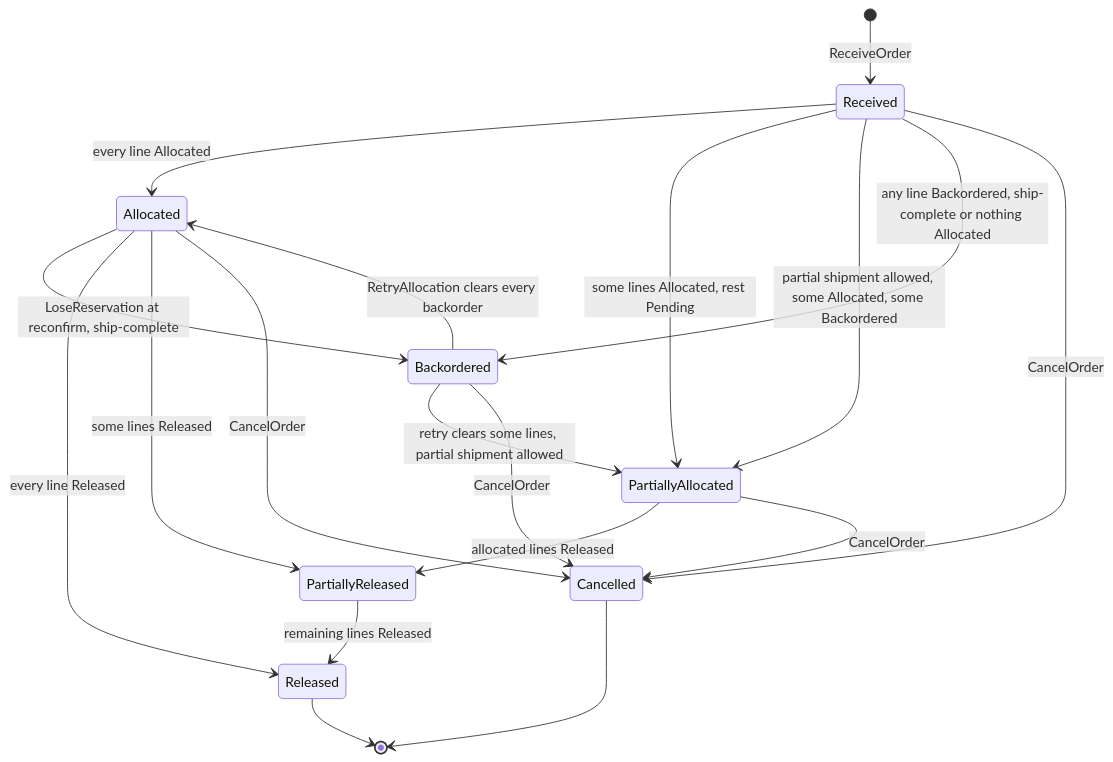
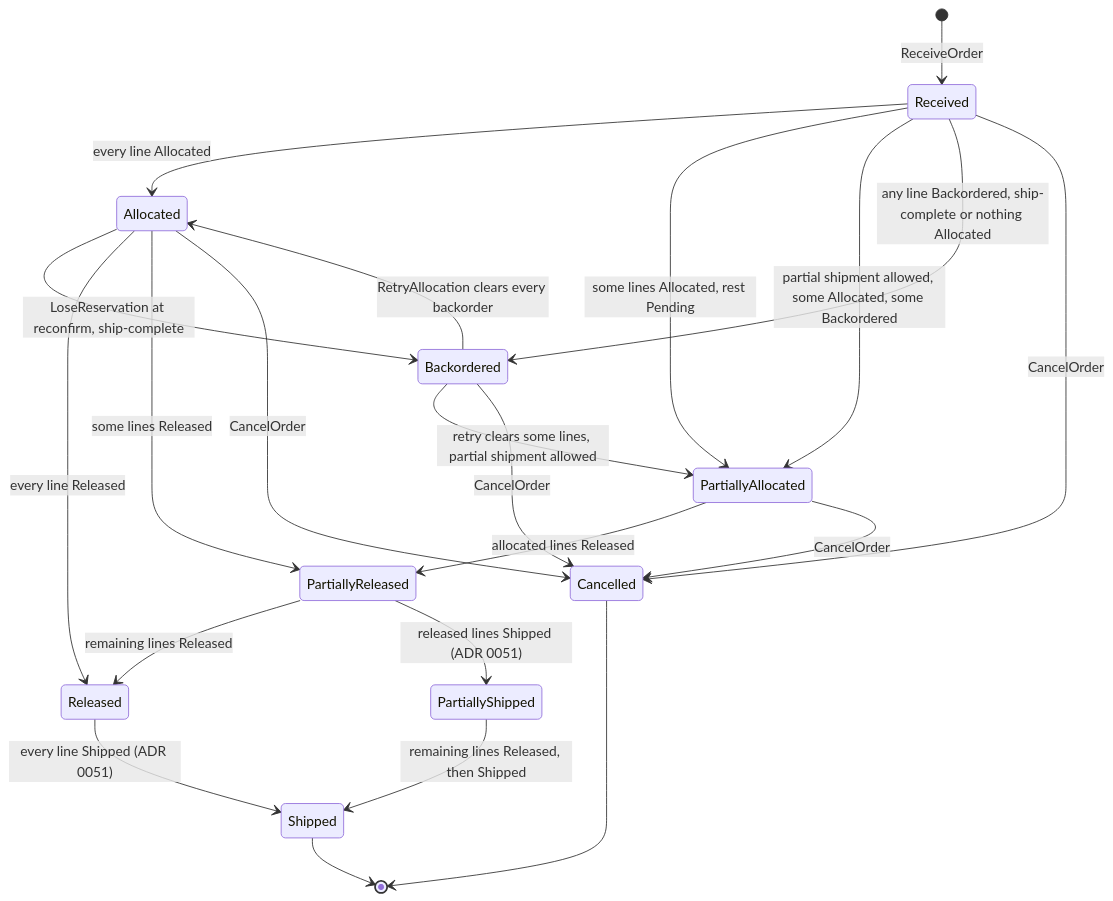
Before and after one commit to IQVO/order-management: the second of 2 diagrams in docs/docs/ddd/aggregate-design-canvas.md, drawn with Mermaid. The commit also changed other lines of this file and 19 other files, not shown here.

````diff
--- a/docs/docs/ddd/aggregate-design-canvas.md
+++ b/docs/docs/ddd/aggregate-design-canvas.md
@@ -83,21 +84,24 @@
 ```mermaid
 stateDiagram-v2
     [*] --> Received: ReceiveOrder
     Received --> Allocated: every line Allocated
     Received --> PartiallyAllocated: some lines Allocated, rest Pending
     Received --> PartiallyAllocated: partial shipment allowed, some Allocated, some Backordered
     Received --> Backordered: any line Backordered, ship-complete or nothing Allocated
     Backordered --> Allocated: RetryAllocation clears every backorder
     Backordered --> PartiallyAllocated: retry clears some lines, partial shipment allowed
     Allocated --> Backordered: LoseReservation at reconfirm, ship-complete
     Allocated --> Released: every line Released
     Allocated --> PartiallyReleased: some lines Released
     PartiallyAllocated --> PartiallyReleased: allocated lines Released
     PartiallyReleased --> Released: remaining lines Released
     Received --> Cancelled: CancelOrder
     Allocated --> Cancelled: CancelOrder
     PartiallyAllocated --> Cancelled: CancelOrder
     Backordered --> Cancelled: CancelOrder
-    Released --> [*]
+    Released --> Shipped: every line Shipped (ADR 0051)
+    PartiallyReleased --> PartiallyShipped: released lines Shipped (ADR 0051)
+    PartiallyShipped --> Shipped: remaining lines Released, then Shipped
+    Shipped --> [*]
     Cancelled --> [*]
 ```
````
